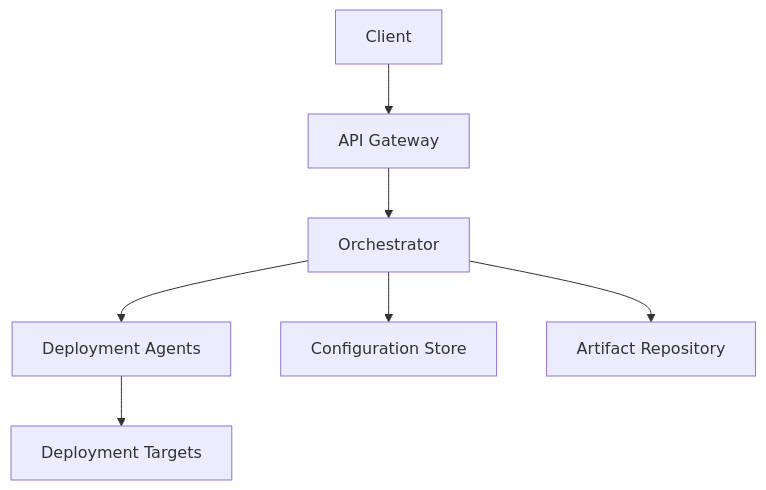
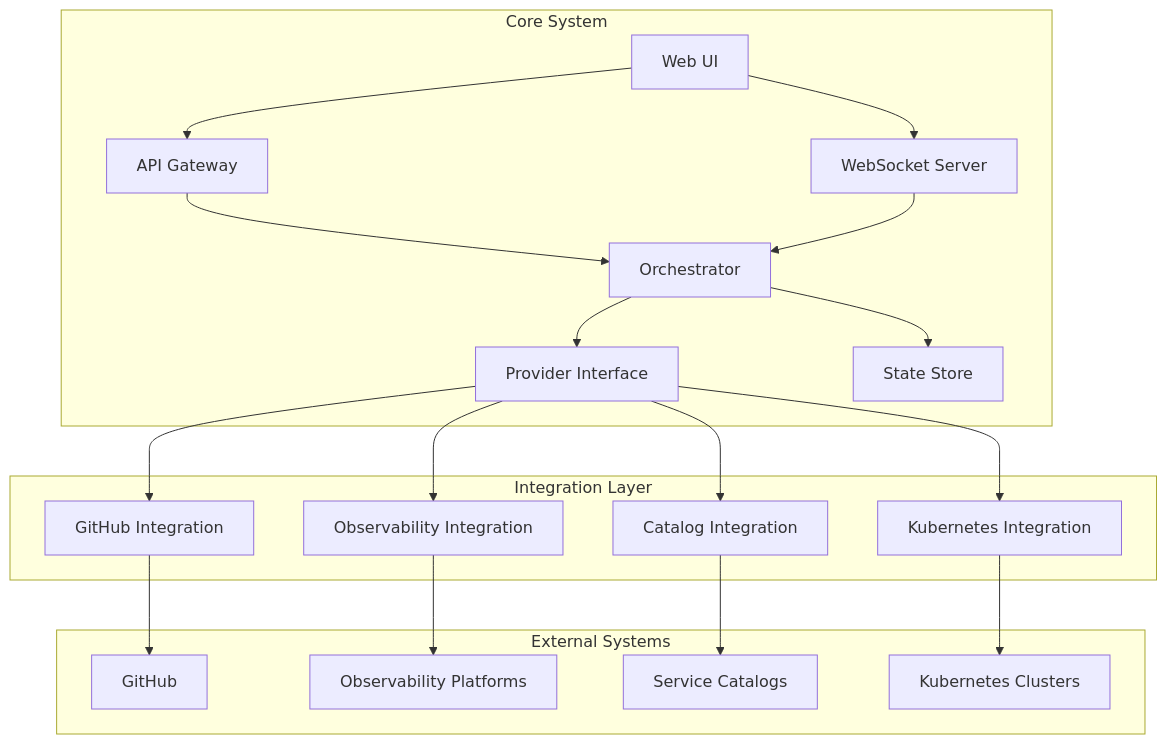
One commit to spiralhouse/phicd changed the diagram in docs/architecture/system-overview.md. Above: the diagram before and after it, drawn with Mermaid. The commit also changed other lines of this file and 1 other file, not shown here.

First line of the commit message:
docs: define integration strategy and update system architecture

````diff
--- a/docs/architecture/system-overview.md
+++ b/docs/architecture/system-overview.md
@@ -9,9 +8,42 @@
 ```mermaid
 graph TD
-    A[Client] --> B[API Gateway]
-    B --> C[Orchestrator]
-    C --> D[Deployment Agents]
-    D --> E[Deployment Targets]
-    C --> F[Configuration Store]
-    C --> G[Artifact Repository]
+    subgraph External Systems
+        GH[GitHub]
+        OBS[Observability Platforms]
+        CAT[Service Catalogs]
+        K8S[Kubernetes Clusters]
+    end
+
+    subgraph Core System
+        API[API Gateway]
+        ORCH[Orchestrator]
+        PROV[Provider Interface]
+        STORE[State Store]
+        UI[Web UI]
+        WS[WebSocket Server]
+    end
+
+    subgraph Integration Layer
+        GHI[GitHub Integration]
+        OBSI[Observability Integration]
+        CATI[Catalog Integration]
+        K8SI[Kubernetes Integration]
+    end
+
+    UI --> API
+    UI --> WS
+    API --> ORCH
+    WS --> ORCH
+    ORCH --> STORE
+    ORCH --> PROV
+    
+    PROV --> GHI
+    PROV --> OBSI
+    PROV --> CATI
+    PROV --> K8SI
+    
+    GHI --> GH
+    OBSI --> OBS
+    CATI --> CAT
+    K8SI --> K8S
 ```
````
